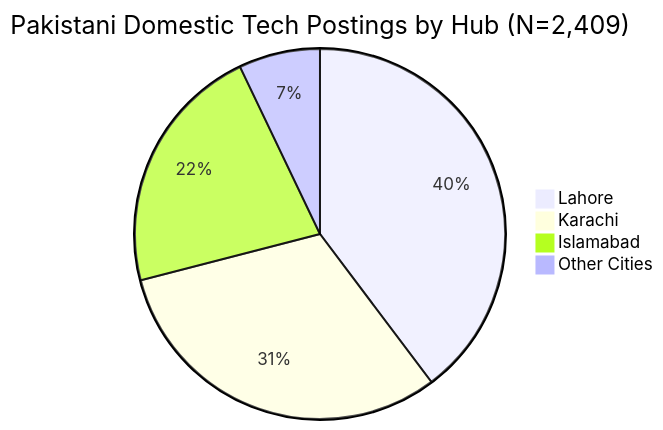
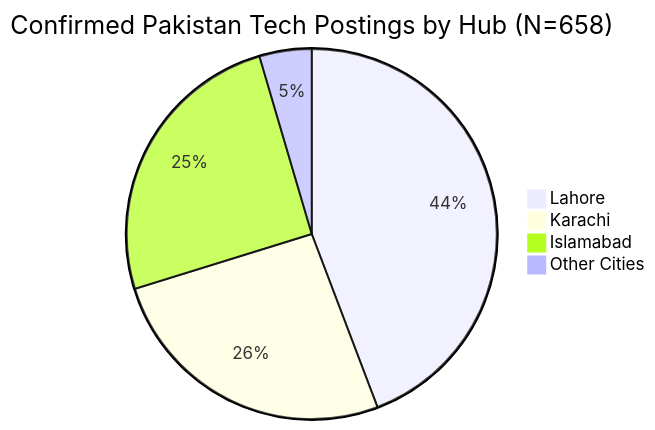
Before and after one commit to Awaisbacha55/hiretrends-pakistan-job-market: the first of 2 diagrams in reports/PAKISTAN_TECH_JOB_MARKET_INSIGHTS.md, drawn with Mermaid. The commit also changed other lines of this file and 40 other files, not shown here.

Commit message:
fix: correct Pakistan tech dataset scope and classification

````diff
--- a/reports/PAKISTAN_TECH_JOB_MARKET_INSIGHTS.md
+++ b/reports/PAKISTAN_TECH_JOB_MARKET_INSIGHTS.md
@@ -85,7 +85,7 @@
 ```mermaid
-pie title Pakistani Domestic Tech Postings by Hub (N=2,409)
-    "Lahore" : 957
-    "Karachi" : 753
-    "Islamabad" : 528
-    "Other Cities" : 171
+pie title Confirmed Pakistan Tech Postings by Hub (N=658)
+    "Lahore" : 291
+    "Karachi" : 171
+    "Islamabad" : 166
+    "Other Cities" : 30
 ```
````
